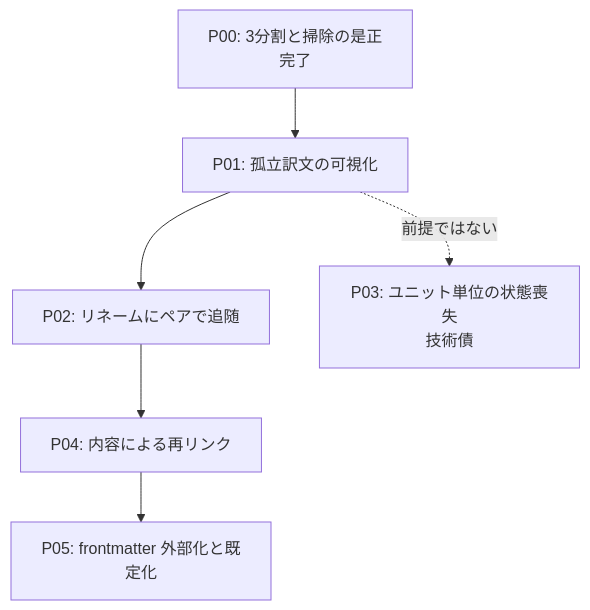
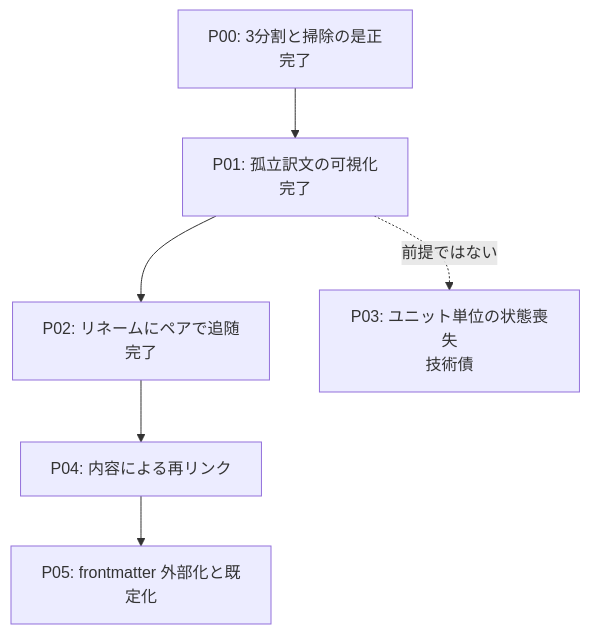
The diagram in docs/roadmaps/roadmap-v01_external-markers.md (mochimochiki/mdait), drawn with Mermaid before and after one commit. The commit also changed other lines of this file and 18 other files, not shown here.

First line of the commit message:
リネーム・移動にペアで追随する（段階2 / roadmap-v01 の P02）

````diff
--- a/docs/roadmaps/roadmap-v01_external-markers.md
+++ b/docs/roadmaps/roadmap-v01_external-markers.md
@@ -33,8 +33,8 @@
 ```mermaid
 graph TD
-P00[P00: 3分割と掃除の是正<br/>完了] --> P01[P01: 孤立訳文の可視化]
-P01 --> P02[P02: リネームにペアで追随]
+P00[P00: 3分割と掃除の是正<br/>完了] --> P01[P01: 孤立訳文の可視化<br/>完了]
+P01 --> P02[P02: リネームにペアで追随<br/>完了]
 P02 --> P04[P04: 内容による再リンク]
 P04 --> P05[P05: frontmatter 外部化と既定化]
 P01 -.->|前提ではない| P03[P03: ユニット単位の状態喪失<br/>技術債]
 ```
````
